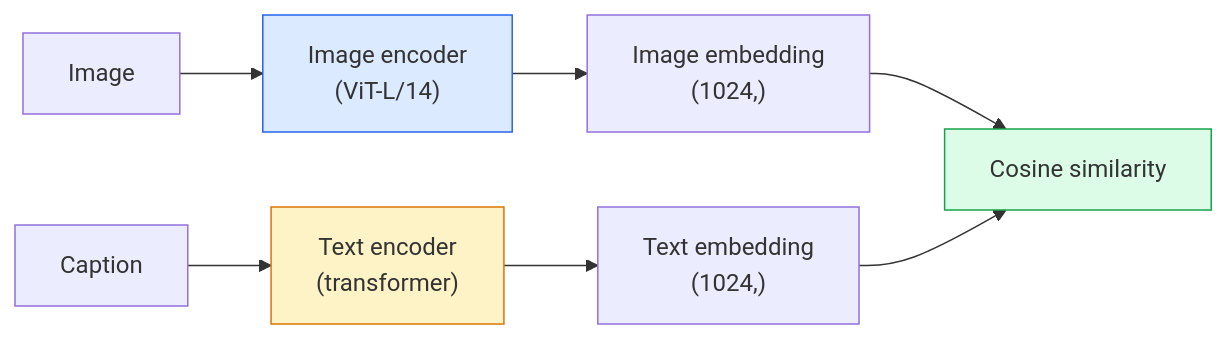
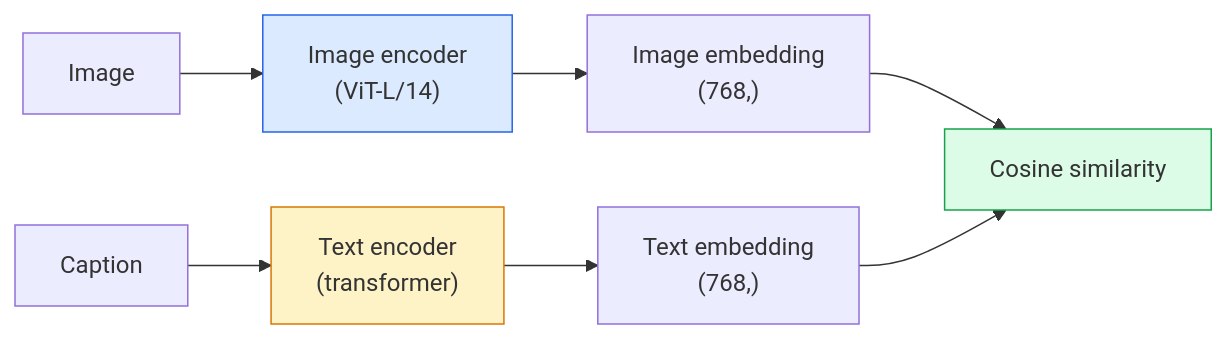
Before and after one commit to odiukov/ai-engineering-from-scratch: the diagram in i18n/ru/phases/04-computer-vision/18-open-vocab-clip/docs/ru.md, drawn with Mermaid. The commit also changed other lines of this file and 13 other files, not shown here.

````diff
--- a/i18n/ru/phases/04-computer-vision/18-open-vocab-clip/docs/ru.md
+++ b/i18n/ru/phases/04-computer-vision/18-open-vocab-clip/docs/ru.md
@@ -34,11 +34,11 @@
 ```mermaid
 flowchart LR
-    IMG["Image"] --> IENC["Image encoder<br/>(ViT-L/14)"] --> IEMB["Image embedding<br/>(1024,)"]
-    TXT["Caption"] --> TENC["Text encoder<br/>(transformer)"] --> TEMB["Text embedding<br/>(1024,)"]
+    IMG["Image"] --> IENC["Image encoder<br/>(ViT-L/14)"] --> IEMB["Image embedding<br/>(768,)"]
+    TXT["Caption"] --> TENC["Text encoder<br/>(transformer)"] --> TEMB["Text embedding<br/>(768,)"]
     IEMB --> SIM["Cosine similarity"]
     TEMB --> SIM
 
     style IENC fill:#dbeafe,stroke:#2563eb
     style TENC fill:#fef3c7,stroke:#d97706
     style SIM fill:#dcfce7,stroke:#16a34a
 ```
````
